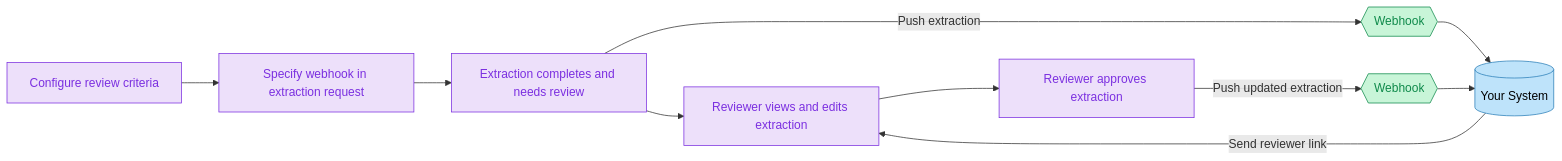
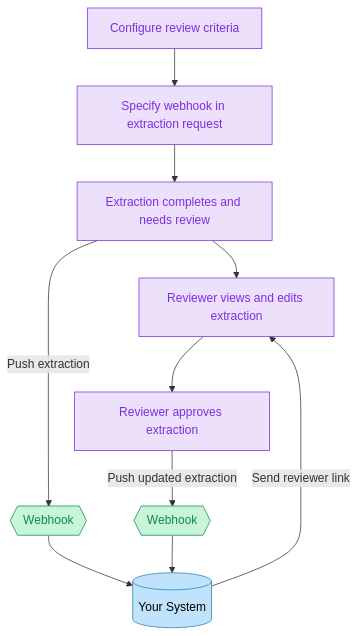
One commit to sensible-hq/sensible-docs changed the diagram in docs/monitor and qa/human-review-implementation.md. Above: the diagram before and after it, drawn with Mermaid.

Commit message:
Update doc `human-review-implementation`

````diff
--- a/docs/monitor and qa/human-review-implementation.md
+++ b/docs/monitor and qa/human-review-implementation.md
@@ -17,22 +17,22 @@
 ```mermaid
-flowchart LR
+flowchart TD
     A[Configure review criteria] --> B[Specify webhook in extraction request]
     B --> C[Extraction completes and needs review]
     C --> D[Reviewer views and edits extraction]
     D --> E[Reviewer approves extraction]
 
     C -->|Push extraction| F{{Webhook}}
     F --> G[(Your System)]
     G -->|Send reviewer link| D
     E -->|Push updated extraction| H{{Webhook}}
     H --> G
 
     style A fill:#EDE0FA,stroke:#7B2FE0,color:#7B2FE0
     style B fill:#EDE0FA,stroke:#7B2FE0,color:#7B2FE0
     style C fill:#EDE0FA,stroke:#7B2FE0,color:#7B2FE0
     style D fill:#EDE0FA,stroke:#7B2FE0,color:#7B2FE0
     style E fill:#EDE0FA,stroke:#7B2FE0,color:#7B2FE0
     style F fill:#C8F5D8,stroke:#0F8A4B,color:#0F8A4B
     style H fill:#C8F5D8,stroke:#0F8A4B,color:#0F8A4B
     style G fill:#BEE3FA,stroke:#2B7FB8,color:#000
 ```
````
